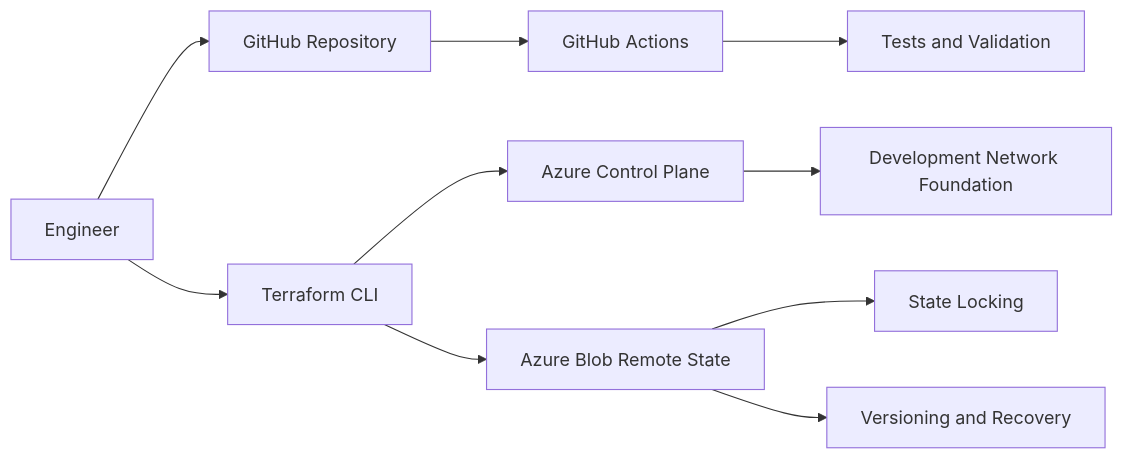
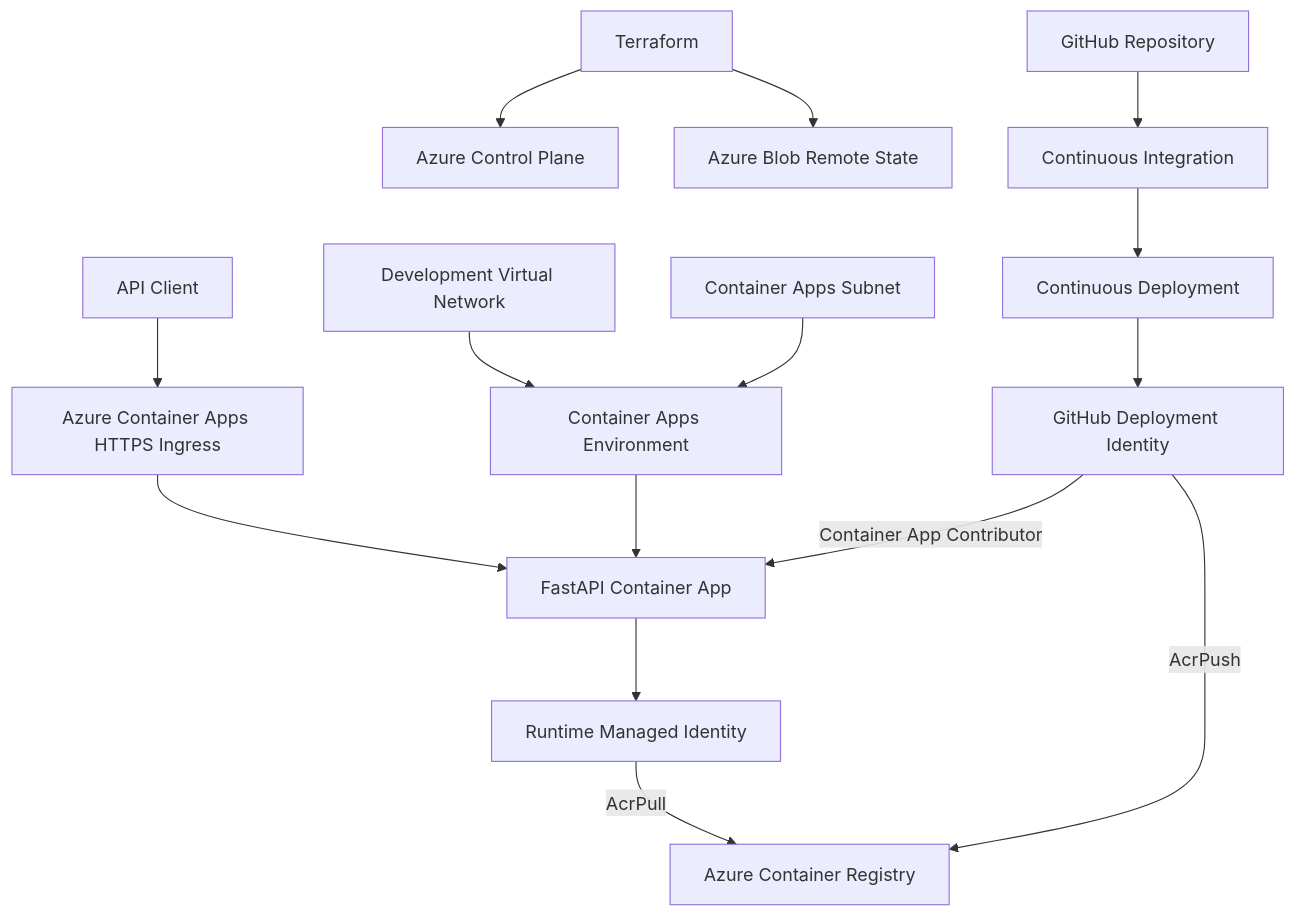
One commit to Morgein/azure-enterprise-platform-lab changed the first of 3 diagrams in README.md. Above: the diagram before and after it, drawn with Mermaid. The commit also changed other lines of this file and 4 other files, not shown here.

Commit message:
docs: add continuous deployment evidence and update roadmap (#21)

````diff
--- a/README.md
+++ b/README.md
@@ -237,14 +226,21 @@
 ```mermaid
-flowchart LR
-    Engineer["Engineer"] --> GitHub["GitHub Repository"]
-    GitHub --> Actions["GitHub Actions"]
-    Engineer --> Terraform["Terraform CLI"]
+flowchart TD
+    Client["API Client"] --> Ingress["Azure Container Apps HTTPS Ingress"]
+    Ingress --> App["FastAPI Container App"]
 
-    Actions --> Validation["Tests and Validation"]
-    Terraform --> Azure["Azure Control Plane"]
-    Terraform --> Backend["Azure Blob Remote State"]
+    App --> RuntimeIdentity["Runtime Managed Identity"]
+    RuntimeIdentity -->|AcrPull| ACR["Azure Container Registry"]
 
-    Backend --> Lock["State Locking"]
-    Backend --> Recovery["Versioning and Recovery"]
-    Azure --> Network["Development Network Foundation"]
+    ACAEnvironment["Container Apps Environment"] --> App
+    VNet["Development Virtual Network"] --> ACAEnvironment
+    Subnet["Container Apps Subnet"] --> ACAEnvironment
+
+    Terraform["Terraform"] --> Azure["Azure Control Plane"]
+    Terraform --> State["Azure Blob Remote State"]
+
+    GitHub["GitHub Repository"] --> CI["Continuous Integration"]
+    CI --> CD["Continuous Deployment"]
+    CD --> DeployIdentity["GitHub Deployment Identity"]
+    DeployIdentity -->|AcrPush| ACR
+    DeployIdentity -->|Container App Contributor| App
 ```
````
